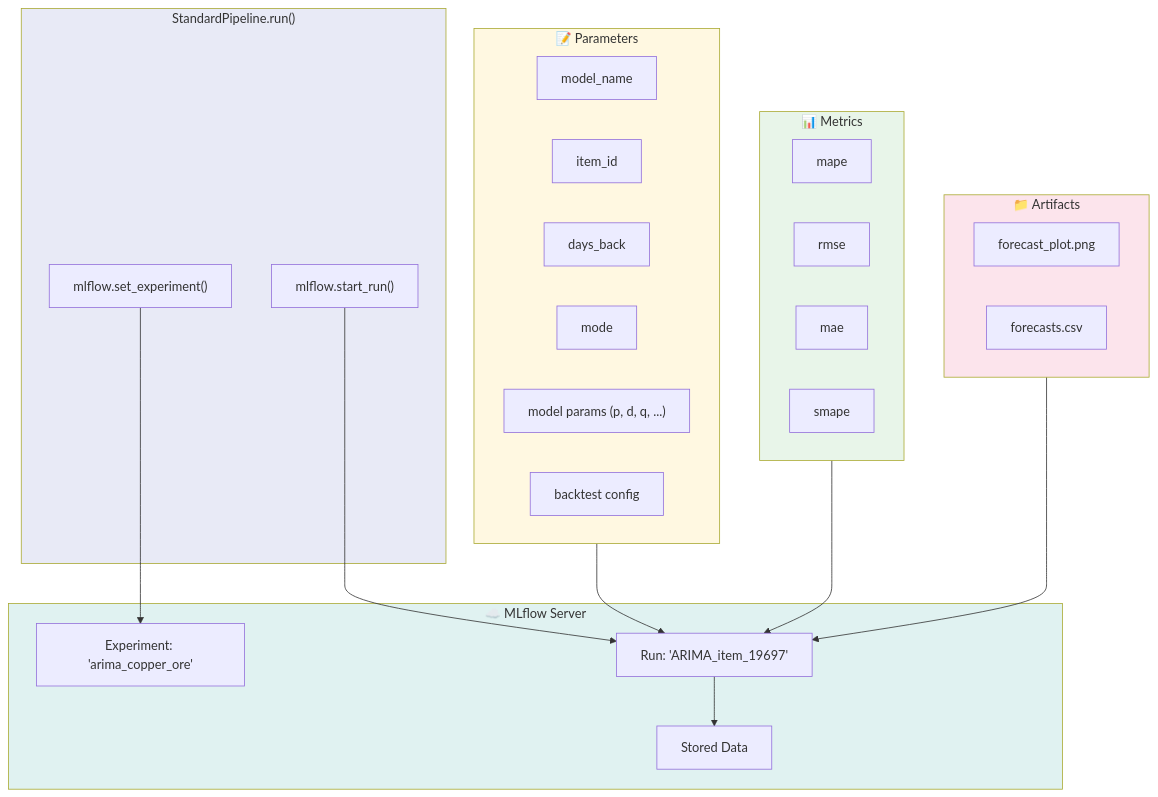
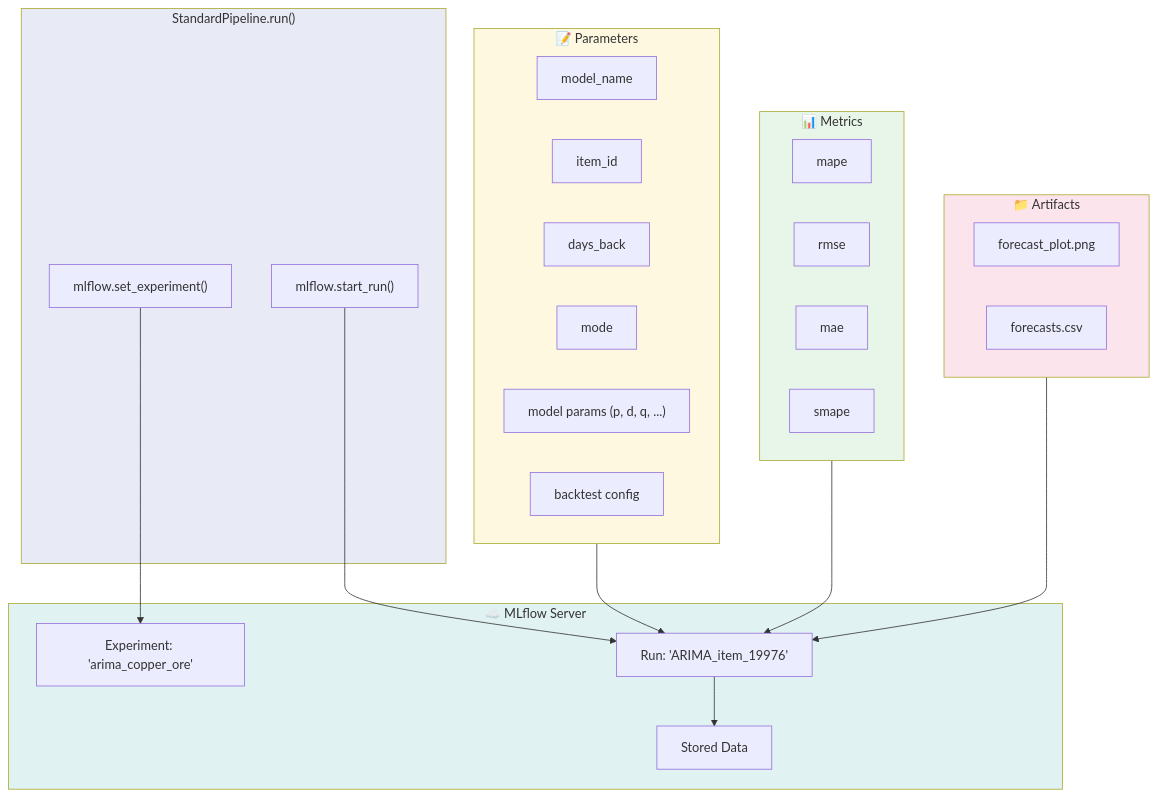
The seventh of 10 diagrams in specs/pipeline_flowchart.md (danielmuxel/casml4se-stonkswagen), drawn with Mermaid before and after one commit. The commit also changed other lines of this file and 2 other files, not shown here.

Commit message:
Update item ID references from 19697 to 19976 across multiple documentation files for consistency in data retrieval and forecasting processes related to the Mystic Coin.

````diff
--- a/specs/pipeline_flowchart.md
+++ b/specs/pipeline_flowchart.md
@@ -334,49 +334,49 @@
 ```mermaid
 flowchart TD
     subgraph PIPELINE["StandardPipeline.run()"]
         P1["mlflow.set_experiment()"]
         P2["mlflow.start_run()"]
     end
     
     subgraph PARAMS["📝 Parameters"]
         PA1["model_name"]
         PA2["item_id"]
         PA3["days_back"]
         PA4["mode"]
         PA5["model params (p, d, q, ...)"]
         PA6["backtest config"]
     end
     
     subgraph METRICS["📊 Metrics"]
         ME1["mape"]
         ME2["rmse"]
         ME3["mae"]
         ME4["smape"]
     end
     
     subgraph ARTIFACTS["📁 Artifacts"]
         AR1["forecast_plot.png"]
         AR2["forecasts.csv"]
     end
     
     subgraph MLFLOW_SERVER["☁️ MLflow Server"]
         ML1["Experiment: 'arima_copper_ore'"]
-        ML2["Run: 'ARIMA_item_19697'"]
+        ML2["Run: 'ARIMA_item_19976'"]
         ML3["Stored Data"]
     end
     
     P1 --> ML1
     P2 --> ML2
     
     PARAMS --> ML2
     METRICS --> ML2
     ARTIFACTS --> ML2
     
     ML2 --> ML3
     
     style PIPELINE fill:#e8eaf6
     style PARAMS fill:#fff8e1
     style METRICS fill:#e8f5e9
     style ARTIFACTS fill:#fce4ec
     style MLFLOW_SERVER fill:#e0f2f1
 ```
````
